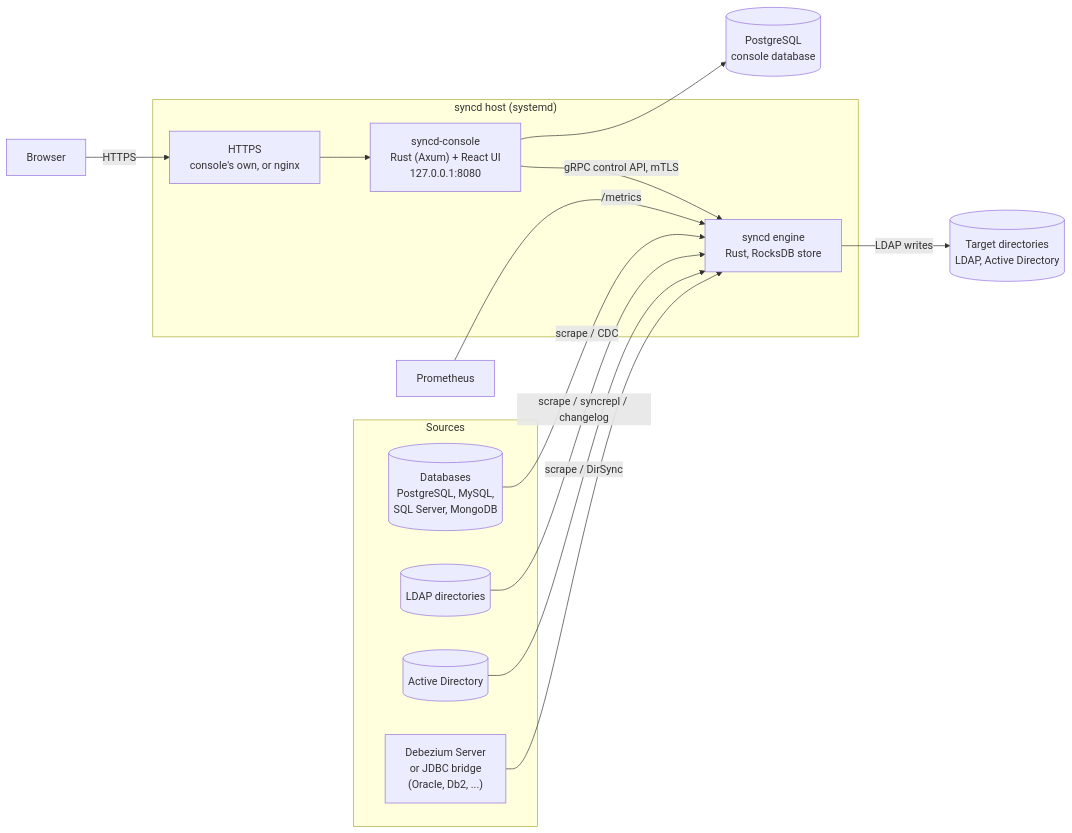
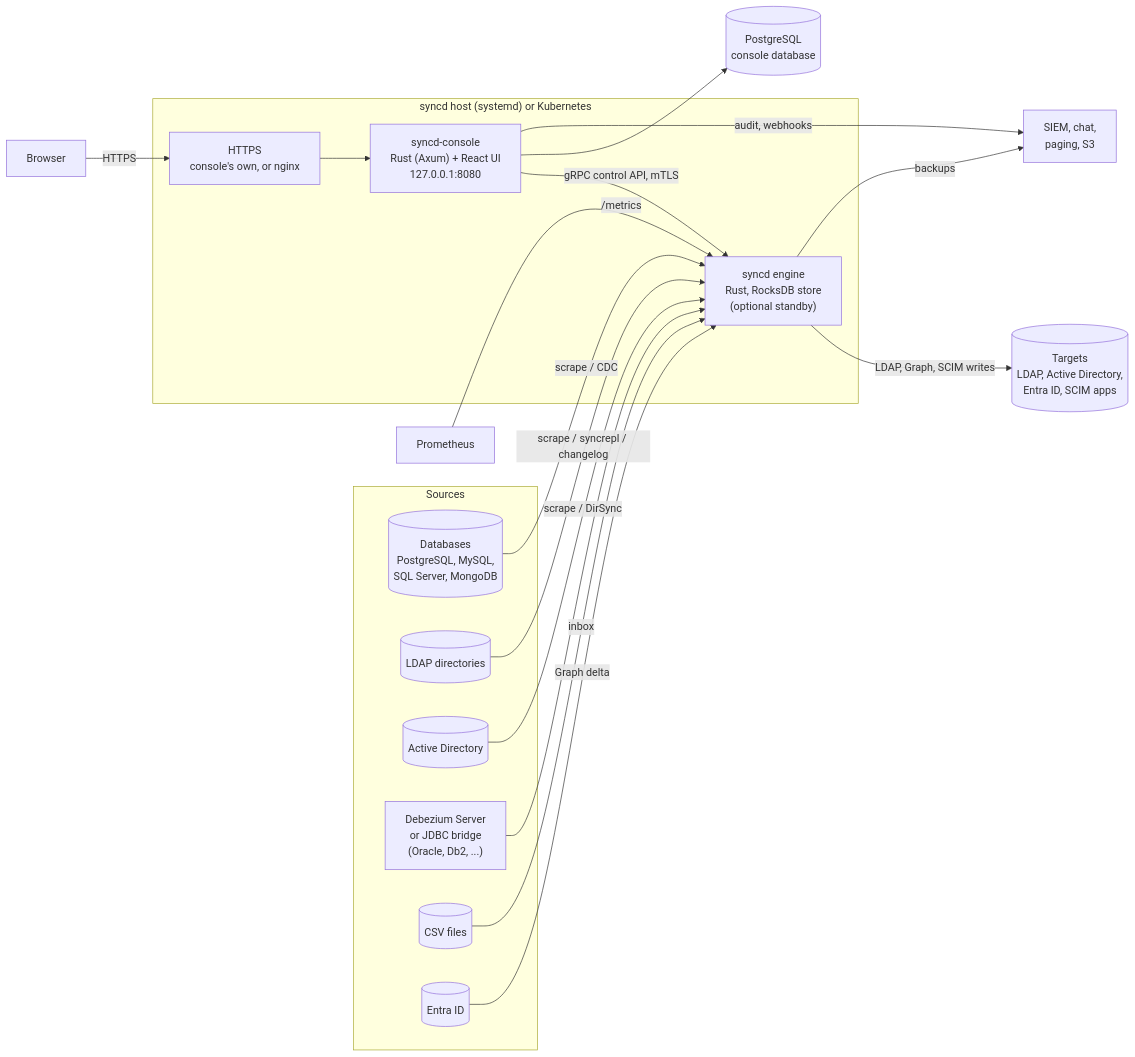
The diagram in docs/syncd/index.md (winllc/ens-apps-documentation), drawn with Mermaid before and after one commit. The commit also changed other lines of this file and 6 other files, not shown here.

````diff
--- a/docs/syncd/index.md
+++ b/docs/syncd/index.md
@@ -52,30 +55,37 @@
 ```mermaid
 flowchart LR
     subgraph Sources
         DB[(Databases<br/>PostgreSQL, MySQL,<br/>SQL Server, MongoDB)]
         LD[(LDAP directories)]
         AD[(Active Directory)]
         DBZ["Debezium Server<br/>or JDBC bridge<br/>(Oracle, Db2, ...)"]
+        CSV[(CSV files)]
+        ENS[(Entra ID)]
     end
 
-    subgraph Host["syncd host (systemd)"]
-        E["syncd engine<br/>Rust, RocksDB store"]
+    subgraph Host["syncd host (systemd) or Kubernetes"]
+        E["syncd engine<br/>Rust, RocksDB store<br/>(optional standby)"]
         C["syncd-console<br/>Rust (Axum) + React UI<br/>127.0.0.1:8080"]
         N[HTTPS<br/>console's own, or nginx]
     end
 
     PG[(PostgreSQL<br/>console database)]
-    T[(Target directories<br/>LDAP, Active Directory)]
+    T[(Targets<br/>LDAP, Active Directory,<br/>Entra ID, SCIM apps)]
     P[Prometheus]
+    W[SIEM, chat,<br/>paging, S3]
     B[Browser]
 
     DB -->|scrape / CDC| E
     LD -->|scrape / syncrepl / changelog| E
     AD -->|scrape / DirSync| E
     DBZ --> E
-    E -->|LDAP writes| T
+    CSV -->|inbox| E
+    ENS -->|Graph delta| E
+    E -->|LDAP, Graph, SCIM writes| T
     C -->|"gRPC control API, mTLS"| E
     C --> PG
     B -->|HTTPS| N --> C
     P -->|/metrics| E
+    C -->|audit, webhooks| W
+    E -->|backups| W
 ```
````
